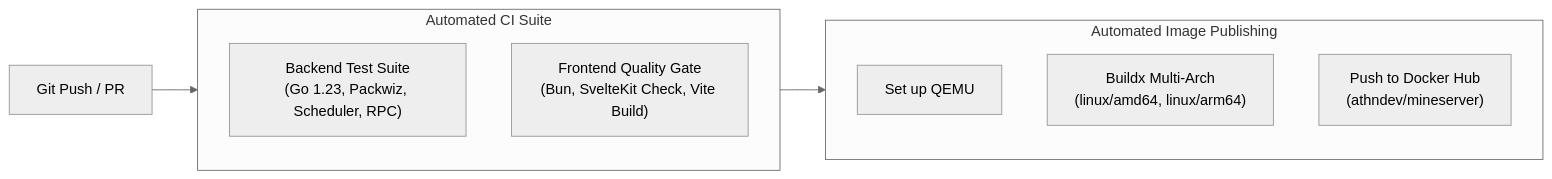
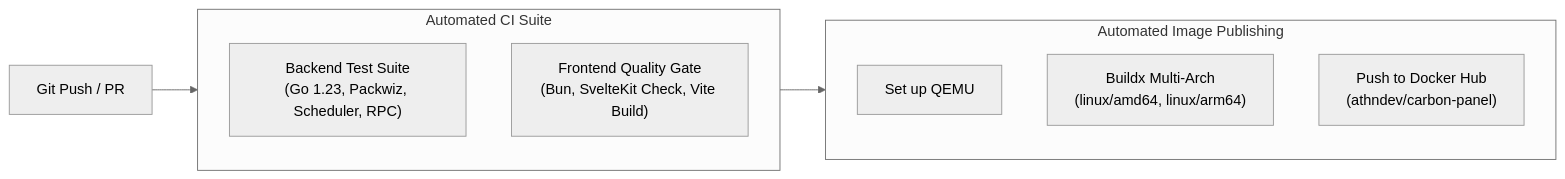
Before and after one commit to athNdev/carbon-panel: the fifth of 5 diagrams in DESIGN.md, drawn with Mermaid (neutral theme). The commit also changed other lines of this file and 806 other files, not shown here.

First line of the commit message:
rebrand: MineServer -> Carbon Panel

````diff
--- a/DESIGN.md
+++ b/DESIGN.md
@@ -330,17 +330,17 @@
 ```mermaid
 flowchart LR
     Commit["Git Push / PR"] --> CI["GitHub Actions CI"]
     
     subgraph CI ["Automated CI Suite"]
         BE["Backend Test Suite\n(Go 1.23, Packwiz, Scheduler, RPC)"]
         FE["Frontend Quality Gate\n(Bun, SvelteKit Check, Vite Build)"]
     end
 
     CI --> CD["Docker Hub CD Pipeline"]
     
     subgraph CD ["Automated Image Publishing"]
         QEMU["Set up QEMU"]
         Buildx["Buildx Multi-Arch\n(linux/amd64, linux/arm64)"]
-        Push["Push to Docker Hub\n(athndev/mineserver)"]
+        Push["Push to Docker Hub\n(athndev/carbon-panel)"]
     end
 ```
````
